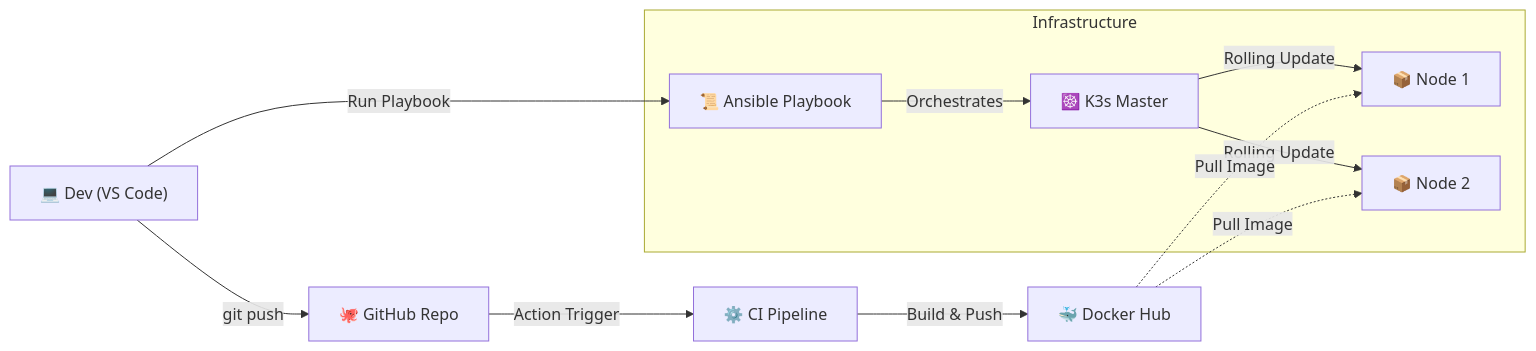
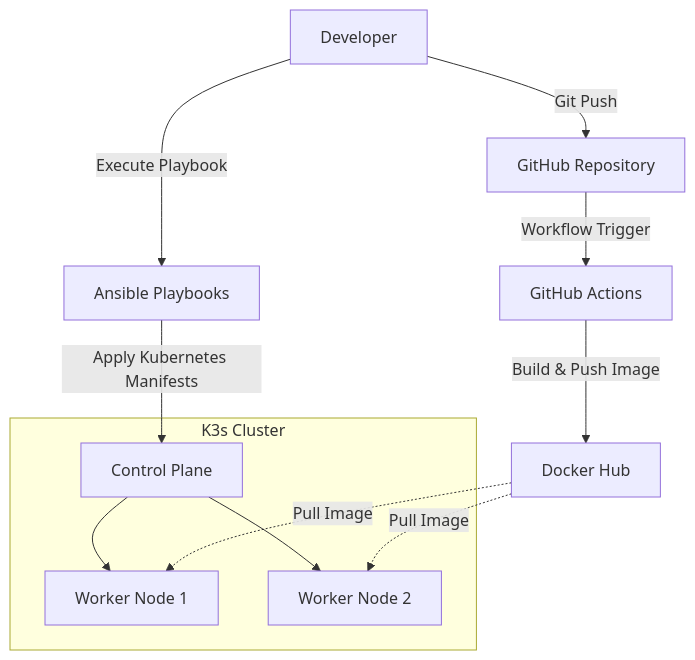
The diagram in README.md (FWassim/Automated-Kubernetes-Deployment), drawn with Mermaid before and after one commit. The commit also changed other lines of this file, not shown here.

First line of the commit message:
Revise README for automated Kubernetes deployment

````diff
--- a/README.md
+++ b/README.md
@@ -44,16 +32,25 @@
 ```mermaid
-graph LR
-    Dev["💻 Dev (VS Code)"] -- git push --> GitHub["🐙 GitHub Repo"]
-    GitHub -- Action Trigger --> CI["⚙️ CI Pipeline"]
-    CI -- Build & Push --> DH["🐳 Docker Hub"]
-    
-    subgraph Infrastructure
-        Ansible["📜 Ansible Playbook"] -- Orchestrates --> Master["☸️ K3s Master"]
-        Master -- Rolling Update --> Worker1["📦 Node 1"]
-        Master -- Rolling Update --> Worker2["📦 Node 2"]
+flowchart TB
+    DEV["Developer"]
+    GH["GitHub Repository"]
+    CI["GitHub Actions"]
+    DH["Docker Hub"]
+
+    subgraph INFRA["K3s Cluster"]
+        CP["Control Plane"]
+        W1["Worker Node 1"]
+        W2["Worker Node 2"]
+        CP --> W1
+        CP --> W2
     end
-    
-    Dev -- Run Playbook --> Ansible
-    DH -. Pull Image .-> Worker1
-    DH -. Pull Image .-> Worker2
+
+    A["Ansible Playbooks"]
+
+    DEV -->|"Git Push"| GH
+    GH -->|"Workflow Trigger"| CI
+    CI -->|"Build & Push Image"| DH
+    DEV -->|"Execute Playbook"| A
+    A -->|"Apply Kubernetes Manifests"| CP
+    DH -.->|"Pull Image"| W1
+    DH -.->|"Pull Image"| W2
 ```
````
